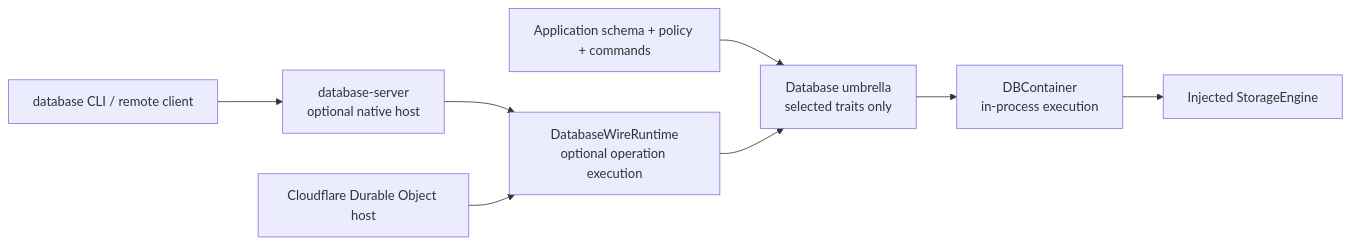
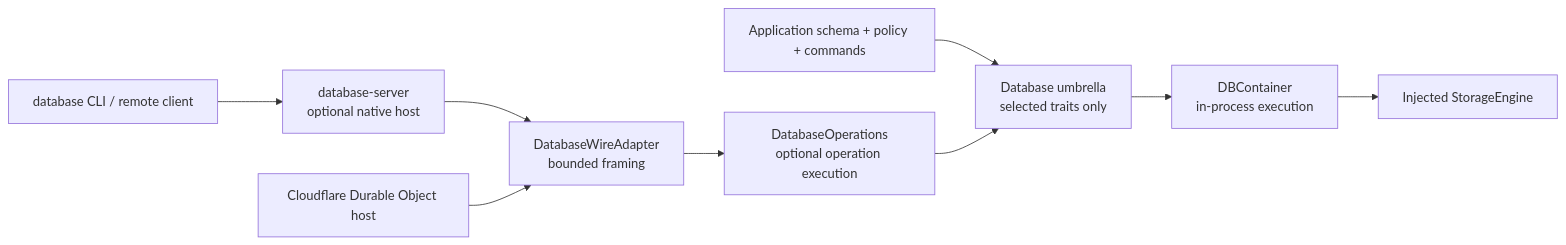
Before and after one commit to 1amageek/database-framework: the diagram in README.md, drawn with Mermaid. The commit also changed other lines of this file and 672 other files, not shown here.

Commit message:
Split operation execution from wire hosting

````diff
--- a/README.md
+++ b/README.md
@@ -31,11 +31,12 @@
 ```mermaid
 flowchart LR
     App["Application schema + policy + commands"] --> Framework["Database umbrella<br/>selected traits only"]
     Framework --> Container["DBContainer<br/>in-process execution"]
     Container --> Storage["Injected StorageEngine"]
 
     CLI["database CLI / remote client"] --> Server["database-server<br/>optional native host"]
-    Server --> WireRuntime["DatabaseWireRuntime<br/>optional operation execution"]
-    Cloudflare["Cloudflare Durable Object host"] --> WireRuntime
-    WireRuntime --> Framework
+    Server --> Wire["DatabaseWireAdapter<br/>bounded framing"]
+    Cloudflare["Cloudflare Durable Object host"] --> Wire
+    Wire --> Operations["DatabaseOperations<br/>optional operation execution"]
+    Operations --> Framework
 ```
````
